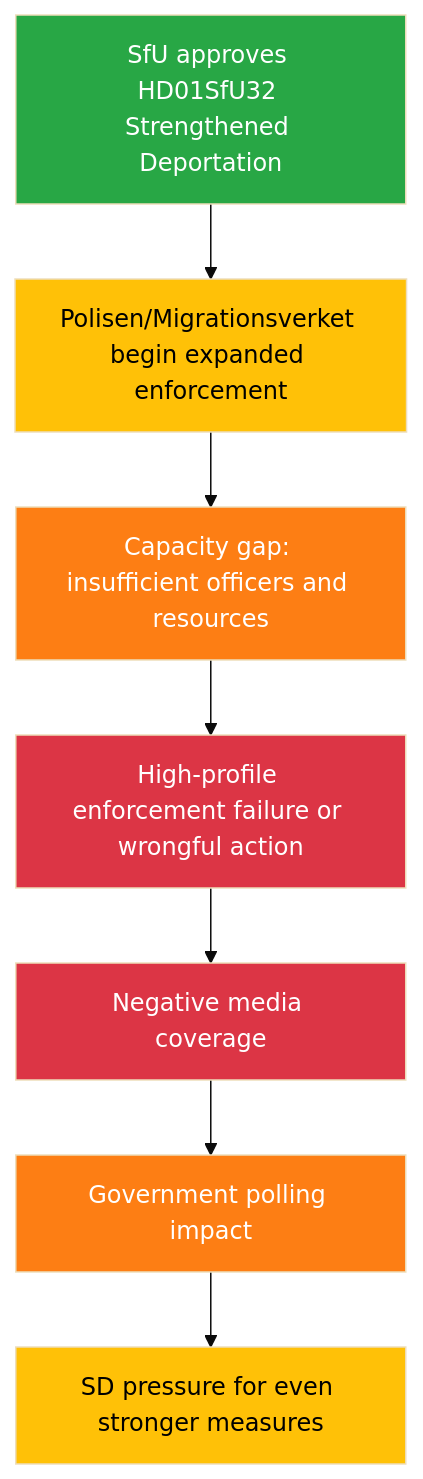
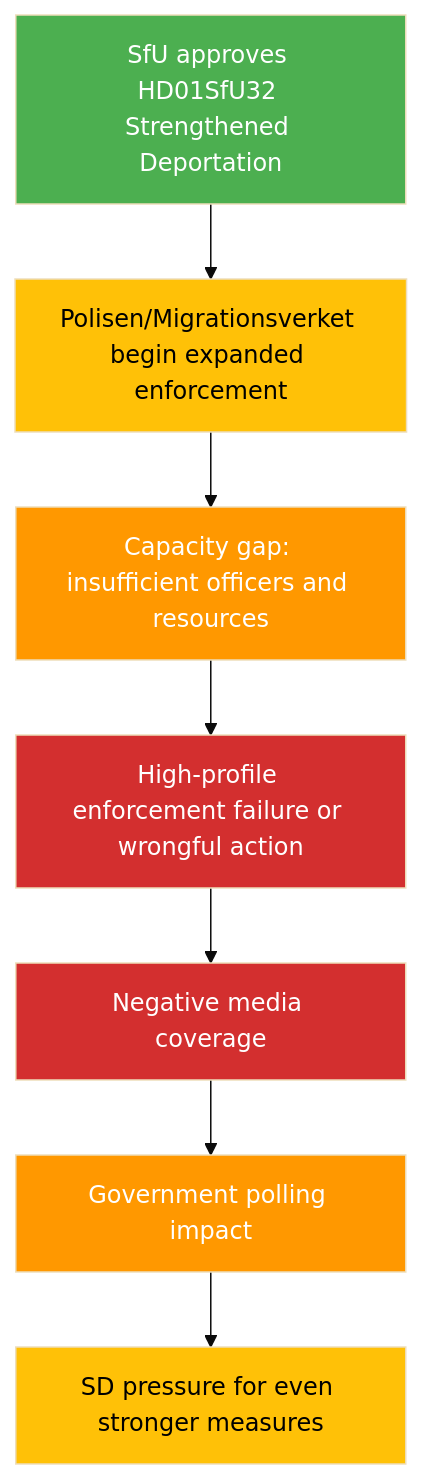
Before and after one commit to Hack23/riksdagsmonitor: the second of 2 diagrams in analysis/daily/2026-04-10/realtime-1424/risk-assessment.md, drawn with Mermaid (base theme). The commit also changed other lines of this file and 785 other files, not shown here.

First line of the commit message:
Normalize mermaid colors across 786 analysis artifacts to ISMS Style Guide palette

````diff
--- a/analysis/daily/2026-04-10/realtime-1424/risk-assessment.md
+++ b/analysis/daily/2026-04-10/realtime-1424/risk-assessment.md
@@ -60,17 +60,17 @@
 ```mermaid
 graph TD
     TRIGGER["SfU approves HD01SfU32 Strengthened Deportation"]
     TRIGGER --> EXEC["Polisen/Migrationsverket begin expanded enforcement"]
     EXEC --> GAP["Capacity gap: insufficient officers and resources"]
     GAP --> FAIL["High-profile enforcement failure or wrongful action"]
     FAIL --> MEDIA["Negative media coverage"]
     MEDIA --> POLL["Government polling impact"]
     POLL --> COAL["SD pressure for even stronger measures"]
-    style TRIGGER fill:#28a745,color:#fff
-    style EXEC fill:#ffc107,color:#000
-    style GAP fill:#fd7e14,color:#fff
-    style FAIL fill:#dc3545,color:#fff
-    style MEDIA fill:#dc3545,color:#fff
-    style POLL fill:#fd7e14,color:#fff
-    style COAL fill:#ffc107,color:#000
+    style TRIGGER fill:#4CAF50,color:#FFFFFF
+    style EXEC fill:#FFC107,color:#000000
+    style GAP fill:#FF9800,color:#FFFFFF
+    style FAIL fill:#D32F2F,color:#FFFFFF
+    style MEDIA fill:#D32F2F,color:#FFFFFF
+    style POLL fill:#FF9800,color:#FFFFFF
+    style COAL fill:#FFC107,color:#000000
 ```
````
